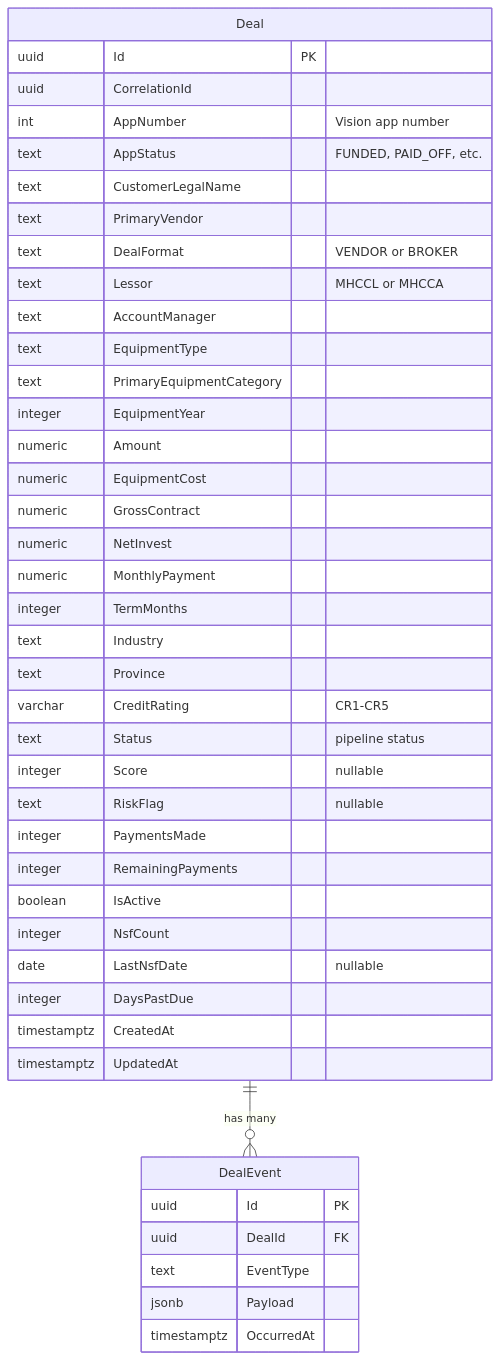
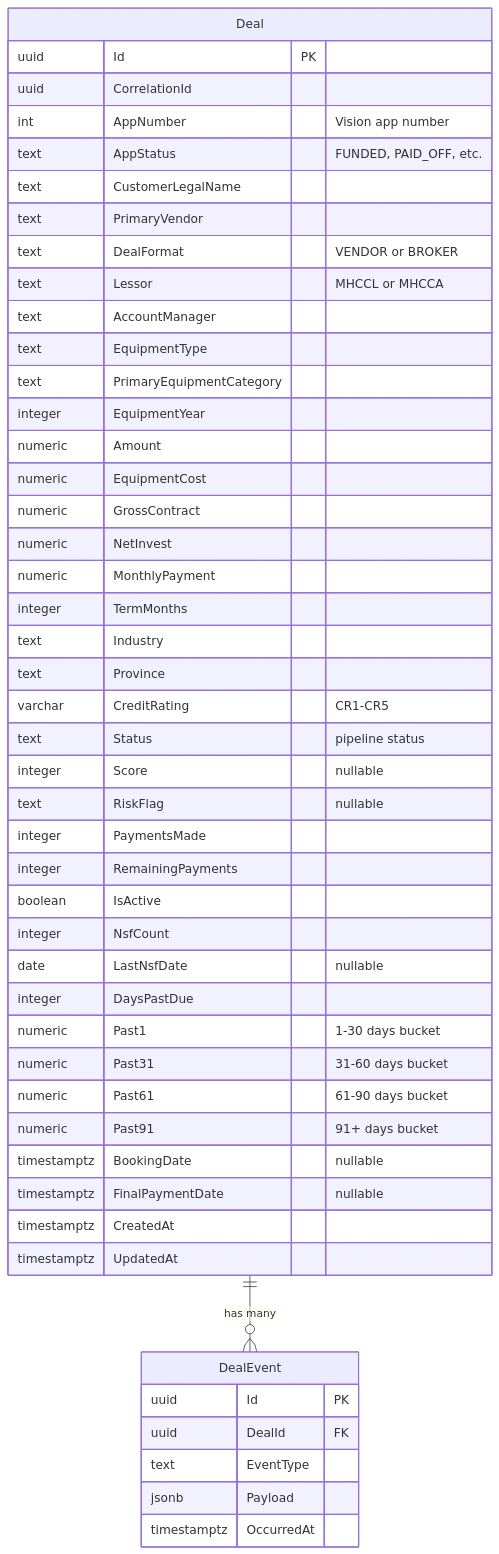
The fourth of 6 diagrams in README.md (kianis4/Deal-Flow-Sandbox), drawn with Mermaid before and after one commit. The commit also changed other lines of this file and 25 other files, not shown here.

````diff
--- a/README.md
+++ b/README.md
@@ -132,47 +132,53 @@
 ```mermaid
 erDiagram
     Deal {
         uuid        Id               PK
         uuid        CorrelationId
         int         AppNumber        "Vision app number"
         text        AppStatus        "FUNDED, PAID_OFF, etc."
         text        CustomerLegalName
         text        PrimaryVendor
         text        DealFormat       "VENDOR or BROKER"
         text        Lessor           "MHCCL or MHCCA"
         text        AccountManager
         text        EquipmentType
         text        PrimaryEquipmentCategory
         integer     EquipmentYear
         numeric     Amount
         numeric     EquipmentCost
         numeric     GrossContract
         numeric     NetInvest
         numeric     MonthlyPayment
         integer     TermMonths
         text        Industry
         text        Province
         varchar     CreditRating     "CR1-CR5"
         text        Status           "pipeline status"
         integer     Score            "nullable"
         text        RiskFlag         "nullable"
         integer     PaymentsMade
         integer     RemainingPayments
         boolean     IsActive
         integer     NsfCount
         date        LastNsfDate      "nullable"
         integer     DaysPastDue
+        numeric     Past1            "1-30 days bucket"
+        numeric     Past31           "31-60 days bucket"
+        numeric     Past61           "61-90 days bucket"
+        numeric     Past91           "91+ days bucket"
+        timestamptz BookingDate      "nullable"
+        timestamptz FinalPaymentDate "nullable"
         timestamptz CreatedAt
         timestamptz UpdatedAt
     }
 
     DealEvent {
         uuid        Id          PK
         uuid        DealId      FK
         text        EventType
         jsonb       Payload
         timestamptz OccurredAt
     }
 
     Deal ||--o{ DealEvent : "has many"
 ```
````
